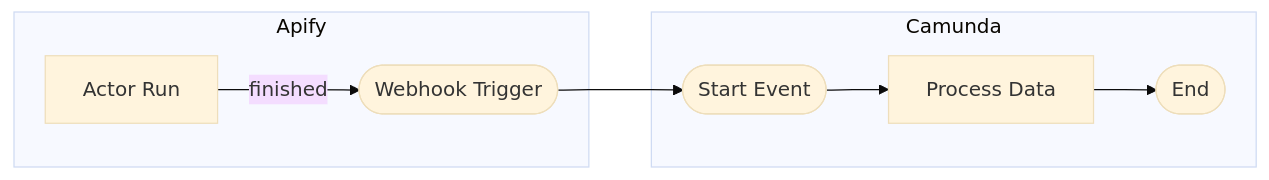
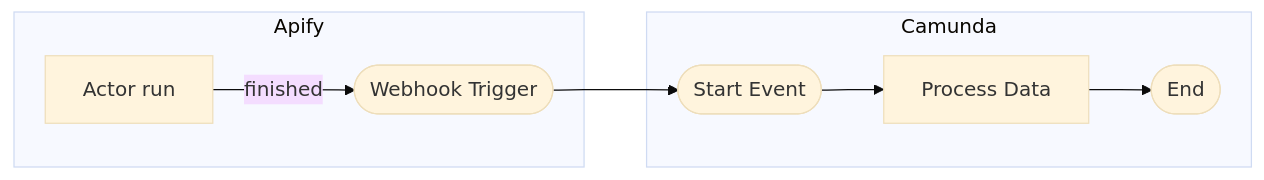
Before and after one commit to apify/apify-docs: the second of 8 diagrams in sources/platform/integrations/workflows-and-notifications/camunda.md, drawn with Mermaid (base theme). The commit also changed other lines of this file, not shown here.

Commit message:
docs: enhance Camunda integration documentation with detailed explanations and mermaid diagrams

````diff
--- a/sources/platform/integrations/workflows-and-notifications/camunda.md
+++ b/sources/platform/integrations/workflows-and-notifications/camunda.md
@@ -168,10 +192,10 @@
 ```mermaid
 graph LR
     subgraph Apify
-        AR[Actor Run] -->|finished| A([Webhook Trigger])
+        AR[Actor run] -->|finished| A([Webhook Trigger])
     end
     subgraph Camunda
         B([Start Event]) --> C[Process Data] --> D([End])
     end
     A --> B
 ```
````
